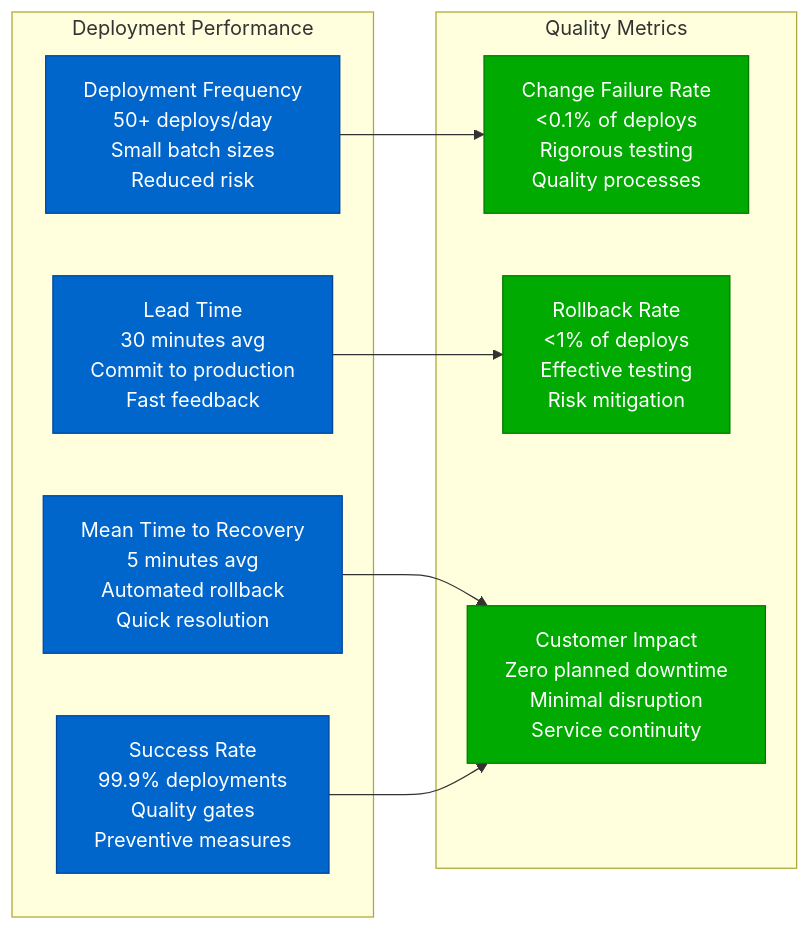
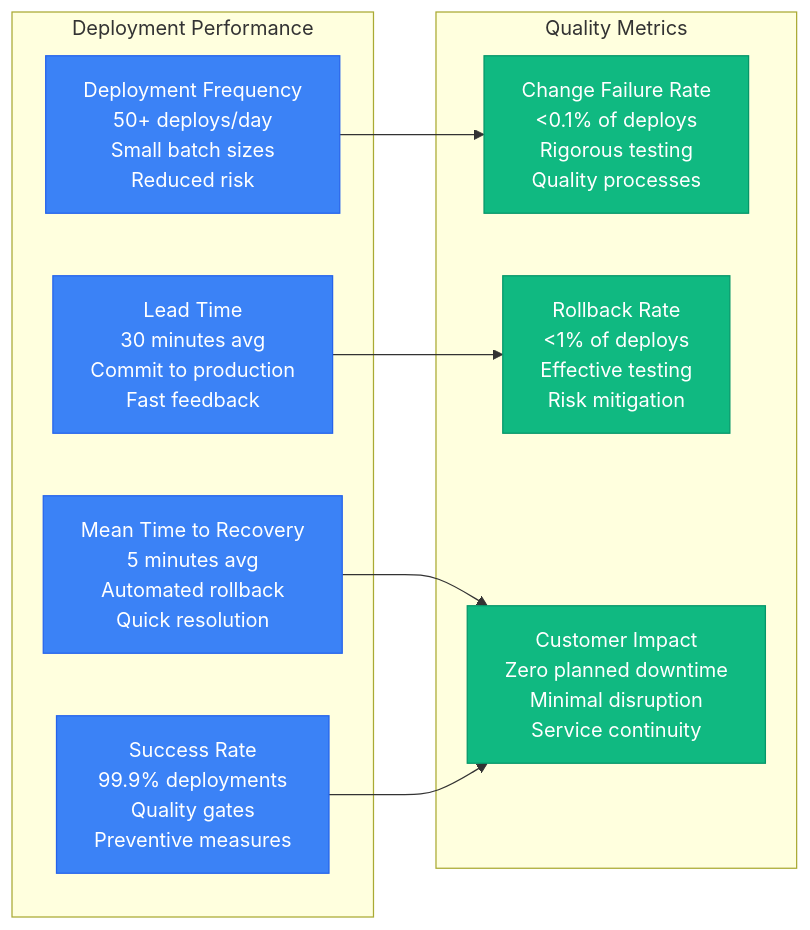
Before and after one commit to deepaucksharma/DS: the third of 9 diagrams in site/docs/systems/shopify/production-operations.md, drawn with Mermaid. The commit also changed other lines of this file and 303 other files, not shown here.

````diff
--- a/site/docs/systems/shopify/production-operations.md
+++ b/site/docs/systems/shopify/production-operations.md
@@ -168,32 +168,32 @@
 ```mermaid
 graph LR
     subgraph "Deployment Performance"
         FREQUENCY[Deployment Frequency<br/>50+ deploys/day<br/>Small batch sizes<br/>Reduced risk]
 
         LEAD_TIME[Lead Time<br/>30 minutes avg<br/>Commit to production<br/>Fast feedback]
 
         MTTR[Mean Time to Recovery<br/>5 minutes avg<br/>Automated rollback<br/>Quick resolution]
 
         SUCCESS_RATE[Success Rate<br/>99.9% deployments<br/>Quality gates<br/>Preventive measures]
     end
 
     subgraph "Quality Metrics"
         CHANGE_FAILURE[Change Failure Rate<br/><0.1% of deploys<br/>Rigorous testing<br/>Quality processes]
 
         ROLLBACK_RATE[Rollback Rate<br/><1% of deploys<br/>Effective testing<br/>Risk mitigation]
 
         CUSTOMER_IMPACT[Customer Impact<br/>Zero planned downtime<br/>Minimal disruption<br/>Service continuity]
     end
 
     FREQUENCY --> CHANGE_FAILURE
     LEAD_TIME --> ROLLBACK_RATE
     MTTR --> CUSTOMER_IMPACT
     SUCCESS_RATE --> CUSTOMER_IMPACT
 
     %% Apply metrics colors
-    classDef performanceStyle fill:#0066CC,stroke:#004499,color:#fff
-    classDef qualityStyle fill:#00AA00,stroke:#007700,color:#fff
+    classDef performanceStyle fill:#3B82F6,stroke:#2563EB,color:#fff
+    classDef qualityStyle fill:#10B981,stroke:#059669,color:#fff
 
     class FREQUENCY,LEAD_TIME,MTTR,SUCCESS_RATE performanceStyle
     class CHANGE_FAILURE,ROLLBACK_RATE,CUSTOMER_IMPACT qualityStyle
 ```
````
